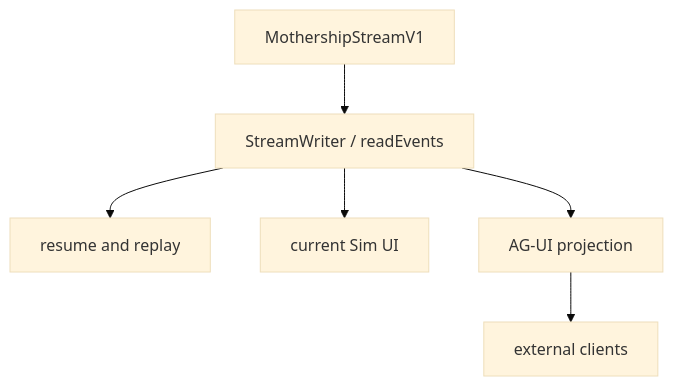
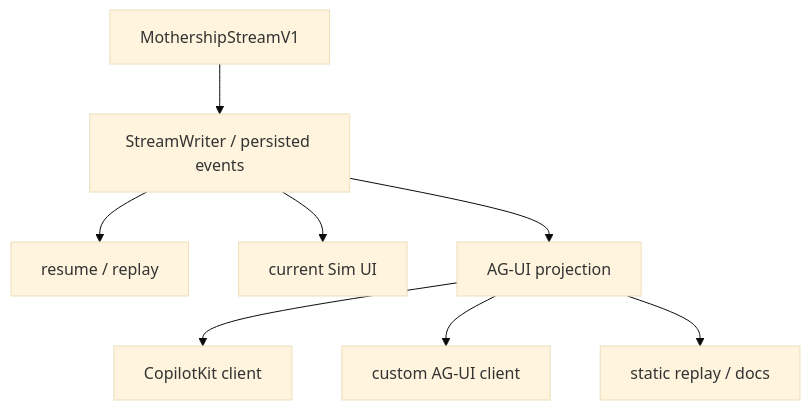
The second of 5 diagrams in site/docs/mothership-contract/10-agui-positioning.md (nfbs2000/speaky-sim), drawn with Mermaid (base theme) before and after one commit. The commit also changed other lines of this file and 5 other files, not shown here.

````diff
--- a/site/docs/mothership-contract/10-agui-positioning.md
+++ b/site/docs/mothership-contract/10-agui-positioning.md
@@ -55,8 +73,10 @@
 ```mermaid
 flowchart TD
-  Canonical["MothershipStreamV1"] --> Persist["StreamWriter / readEvents"]
-  Persist --> Replay["resume and replay"]
-  Persist --> NativeUI["current Sim UI"]
-  Persist --> Agui["AG-UI projection"]
-  Agui --> ExternalUI["external clients"]
+  Canonical["MothershipStreamV1"] --> Writer["StreamWriter / persisted events"]
+  Writer --> Replay["resume / replay"]
+  Writer --> NativeUI["current Sim UI"]
+  Writer --> Projection["AG-UI projection"]
+  Projection --> Copilot["CopilotKit client"]
+  Projection --> Custom["custom AG-UI client"]
+  Projection --> ReplayDemo["static replay / docs"]
 ```
````
